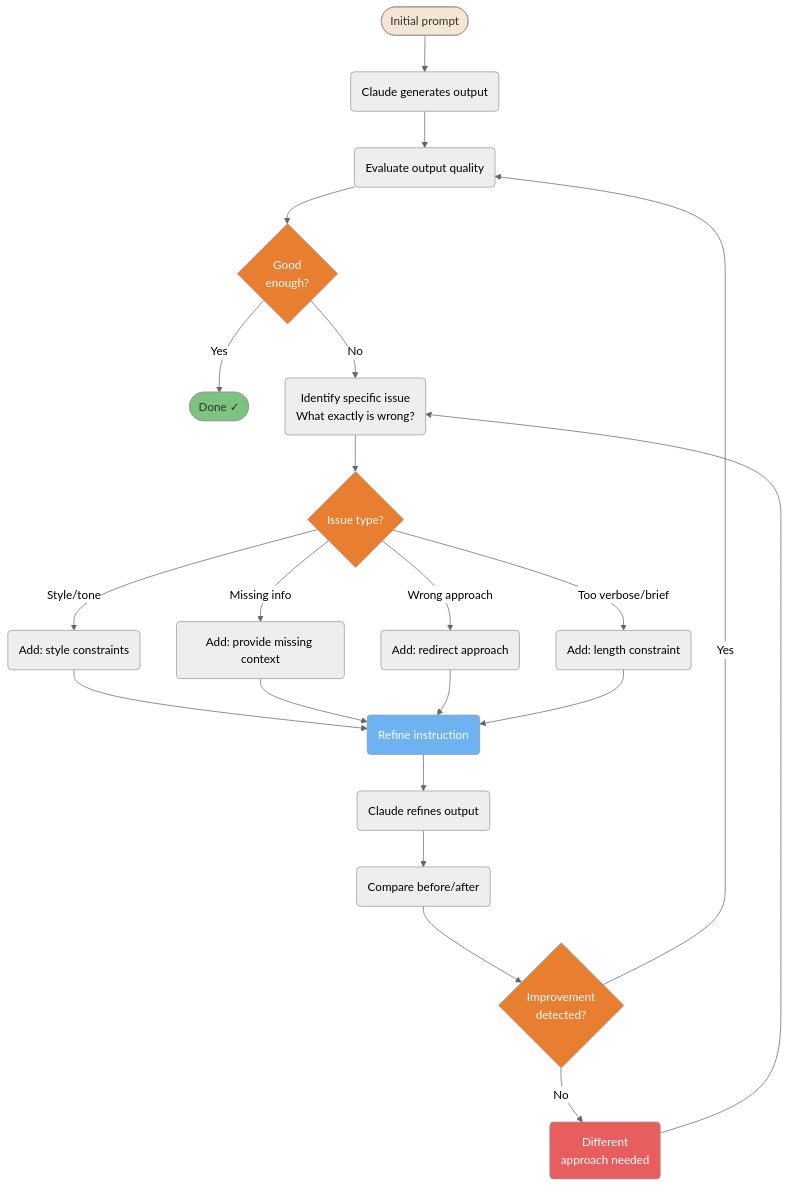
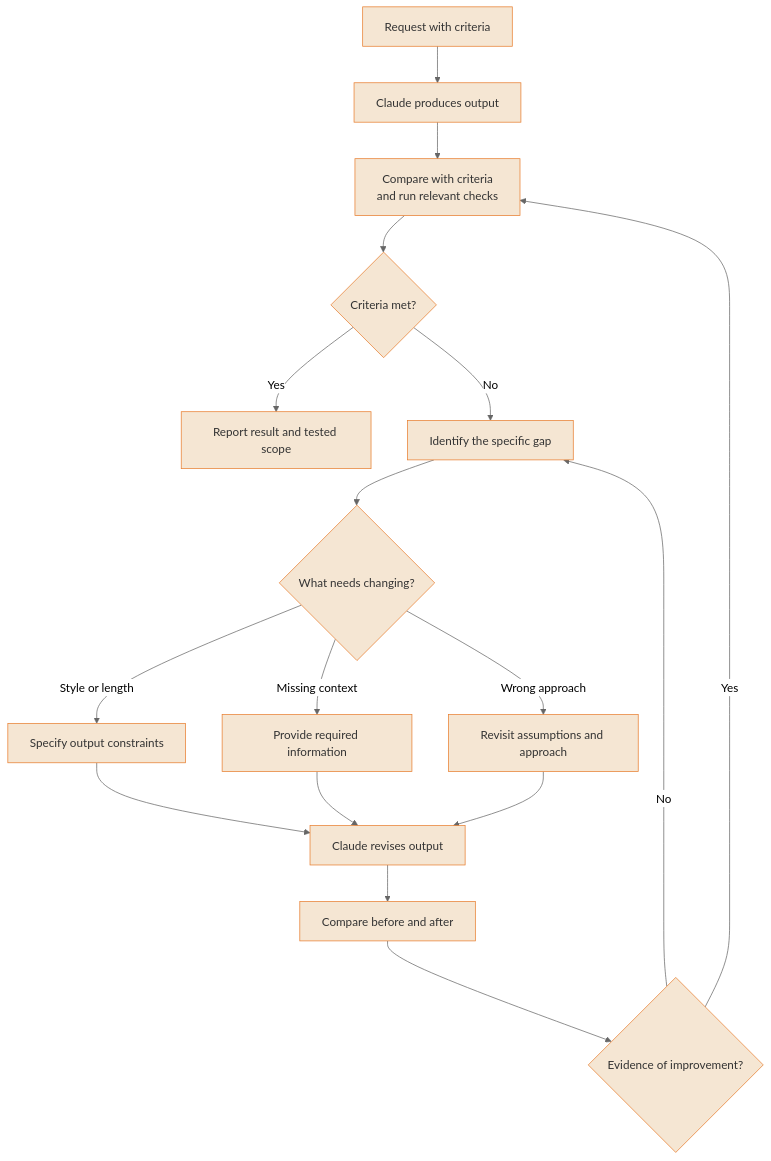
The fourth of 5 diagrams in guide/diagrams/06-development-workflows.md (FlorianBruniaux/claude-code-ultimate-guide), drawn with Mermaid (neutral theme) before and after one commit. The commit also changed other lines of this file and 17 other files, not shown here.

Commit message:
docs: refresh all diagrams and correct their source guidance

````diff
--- a/guide/diagrams/06-development-workflows.md
+++ b/guide/diagrams/06-development-workflows.md
@@ -276,48 +202,33 @@
 ```mermaid
 flowchart TD
-    A([Initial prompt]) --> B(Claude generates output)
-    B --> C(Evaluate output quality)
-    C --> D{Good<br/>enough?}
-    D -->|Yes| E([Done ✓])
-    D -->|No| F(Identify specific issue<br/>What exactly is wrong?)
-    F --> G{Issue type?}
-    G -->|Style/tone| H(Add: style constraints)
-    G -->|Missing info| I(Add: provide missing context)
-    G -->|Wrong approach| J(Add: redirect approach)
-    G -->|Too verbose/brief| K(Add: length constraint)
-    H --> L(Refine instruction)
-    I --> L
-    J --> L
-    K --> L
-    L --> M(Claude refines output)
-    M --> N(Compare before/after)
-    N --> O{Improvement<br/>detected?}
-    O -->|Yes| C
-    O -->|No| P(Different<br/>approach needed)
-    P --> F
-
-    style A fill:#F5E6D3,color:#333
-    style D fill:#E87E2F,color:#fff
-    style G fill:#E87E2F,color:#fff
-    style O fill:#E87E2F,color:#fff
-    style E fill:#7BC47F,color:#333
-    style L fill:#6DB3F2,color:#fff
-    style P fill:#E85D5D,color:#fff
-
-    click A href "https://github.com/FlorianBruniaux/claude-code-ultimate-guide/blob/main/guide/workflows/iterative-refinement.md" "Initial prompt"
-    click B href "https://github.com/FlorianBruniaux/claude-code-ultimate-guide/blob/main/guide/workflows/iterative-refinement.md" "Claude generates output"
-    click C href "https://github.com/FlorianBruniaux/claude-code-ultimate-guide/blob/main/guide/workflows/iterative-refinement.md" "Evaluate output quality"
-    click D href "https://github.com/FlorianBruniaux/claude-code-ultimate-guide/blob/main/guide/workflows/iterative-refinement.md" "Good enough?"
-    click E href "https://github.com/FlorianBruniaux/claude-code-ultimate-guide/blob/main/guide/workflows/iterative-refinement.md" "Done ✓"
-    click F href "https://github.com/FlorianBruniaux/claude-code-ultimate-guide/blob/main/guide/workflows/iterative-refinement.md" "Identify specific issue"
-    click G href "https://github.com/FlorianBruniaux/claude-code-ultimate-guide/blob/main/guide/workflows/iterative-refinement.md" "Issue type?"
-    click H href "https://github.com/FlorianBruniaux/claude-code-ultimate-guide/blob/main/guide/workflows/iterative-refinement.md" "Add style constraints"
-    click I href "https://github.com/FlorianBruniaux/claude-code-ultimate-guide/blob/main/guide/workflows/iterative-refinement.md" "Provide missing context"
-    click J href "https://github.com/FlorianBruniaux/claude-code-ultimate-guide/blob/main/guide/workflows/iterative-refinement.md" "Redirect approach"
-    click K href "https://github.com/FlorianBruniaux/claude-code-ultimate-guide/blob/main/guide/workflows/iterative-refinement.md" "Add length constraint"
-    click L href "https://github.com/FlorianBruniaux/claude-code-ultimate-guide/blob/main/guide/workflows/iterative-refinement.md" "Refine instruction"
-    click M href "https://github.com/FlorianBruniaux/claude-code-ultimate-guide/blob/main/guide/workflows/iterative-refinement.md" "Claude refines output"
-    click N href "https://github.com/FlorianBruniaux/claude-code-ultimate-guide/blob/main/guide/workflows/iterative-refinement.md" "Compare before/after"
-    click O href "https://github.com/FlorianBruniaux/claude-code-ultimate-guide/blob/main/guide/workflows/iterative-refinement.md" "Improvement detected?"
-    click P href "https://github.com/FlorianBruniaux/claude-code-ultimate-guide/blob/main/guide/workflows/iterative-refinement.md" "Different approach needed"
+    PROMPT["Request with criteria"] --> OUTPUT["Claude produces output"]
+    OUTPUT --> EVAL["Compare with criteria<br/>and run relevant checks"]
+    EVAL --> GOOD{"Criteria met?"}
+    GOOD -->|Yes| DONE["Report result and tested scope"]
+    GOOD -->|No| ISSUE["Identify the specific gap"]
+    ISSUE --> TYPE{"What needs changing?"}
+    TYPE -->|Style or length| STYLE["Specify output constraints"]
+    TYPE -->|Missing context| CONTEXT["Provide required information"]
+    TYPE -->|Wrong approach| APPROACH["Revisit assumptions and approach"]
+    STYLE --> REVISE["Claude revises output"]
+    CONTEXT --> REVISE
+    APPROACH --> REVISE
+    REVISE --> COMPARE["Compare before and after"]
+    COMPARE --> BETTER{"Evidence of improvement?"}
+    BETTER -->|Yes| EVAL
+    BETTER -->|No| ISSUE
+    classDef default fill:#F5E6D3,color:#333,stroke:#E87E2F
+    click PROMPT href "https://github.com/FlorianBruniaux/claude-code-ultimate-guide/blob/main/guide/workflows/iterative-refinement.md" "View this pattern in the guide"
+    click OUTPUT href "https://github.com/FlorianBruniaux/claude-code-ultimate-guide/blob/main/guide/workflows/iterative-refinement.md" "View this pattern in the guide"
+    click EVAL href "https://github.com/FlorianBruniaux/claude-code-ultimate-guide/blob/main/guide/workflows/iterative-refinement.md" "View this pattern in the guide"
+    click GOOD href "https://github.com/FlorianBruniaux/claude-code-ultimate-guide/blob/main/guide/workflows/iterative-refinement.md" "View this pattern in the guide"
+    click DONE href "https://github.com/FlorianBruniaux/claude-code-ultimate-guide/blob/main/guide/workflows/iterative-refinement.md" "View this pattern in the guide"
+    click ISSUE href "https://github.com/FlorianBruniaux/claude-code-ultimate-guide/blob/main/guide/workflows/iterative-refinement.md" "View this pattern in the guide"
+    click TYPE href "https://github.com/FlorianBruniaux/claude-code-ultimate-guide/blob/main/guide/workflows/iterative-refinement.md" "View this pattern in the guide"
+    click STYLE href "https://github.com/FlorianBruniaux/claude-code-ultimate-guide/blob/main/guide/workflows/iterative-refinement.md" "View this pattern in the guide"
+    click CONTEXT href "https://github.com/FlorianBruniaux/claude-code-ultimate-guide/blob/main/guide/workflows/iterative-refinement.md" "View this pattern in the guide"
+    click APPROACH href "https://github.com/FlorianBruniaux/claude-code-ultimate-guide/blob/main/guide/workflows/iterative-refinement.md" "View this pattern in the guide"
+    click REVISE href "https://github.com/FlorianBruniaux/claude-code-ultimate-guide/blob/main/guide/workflows/iterative-refinement.md" "View this pattern in the guide"
+    click COMPARE href "https://github.com/FlorianBruniaux/claude-code-ultimate-guide/blob/main/guide/workflows/iterative-refinement.md" "View this pattern in the guide"
+    click BETTER href "https://github.com/FlorianBruniaux/claude-code-ultimate-guide/blob/main/guide/workflows/iterative-refinement.md" "View this pattern in the guide"
 ```
````
